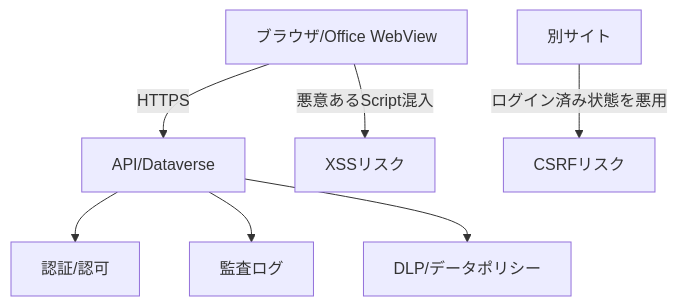
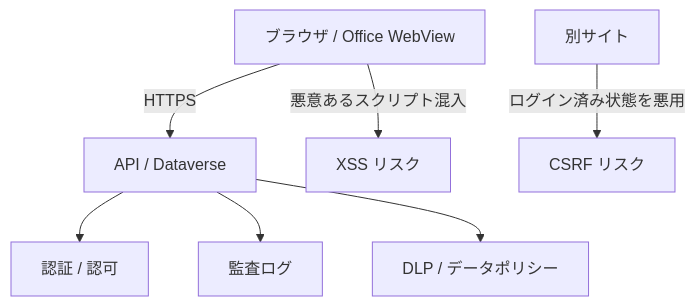
One commit to n-Sakana/sakana-oss changed the eighth of 8 diagrams in notes/dataverse-learning-resume-2026-05-18.md. Above: the diagram before and after it, drawn with Mermaid. The commit also changed other lines of this file, not shown here.

Commit message:
Rewrite Dataverse learning resume part 1 for clarity

````diff
--- a/notes/dataverse-learning-resume-2026-05-18.md
+++ b/notes/dataverse-learning-resume-2026-05-18.md
@@ -806,9 +805,9 @@
 ```mermaid
 graph TD
-    Browser[ブラウザ/Office WebView] -->|HTTPS| API[API/Dataverse]
-    Browser -->|悪意あるScript混入| XSS[XSSリスク]
-    OtherSite[別サイト] -->|ログイン済み状態を悪用| CSRF[CSRFリスク]
-    API --> Auth[認証/認可]
+    Browser[ブラウザ / Office WebView] -->|HTTPS| API[API / Dataverse]
+    Browser -->|悪意あるスクリプト混入| XSS[XSS リスク]
+    OtherSite[別サイト] -->|ログイン済み状態を悪用| CSRF[CSRF リスク]
+    API --> Auth[認証 / 認可]
     API --> Log[監査ログ]
-    API --> DLP[DLP/データポリシー]
+    API --> DLP[DLP / データポリシー]
 ```
````
